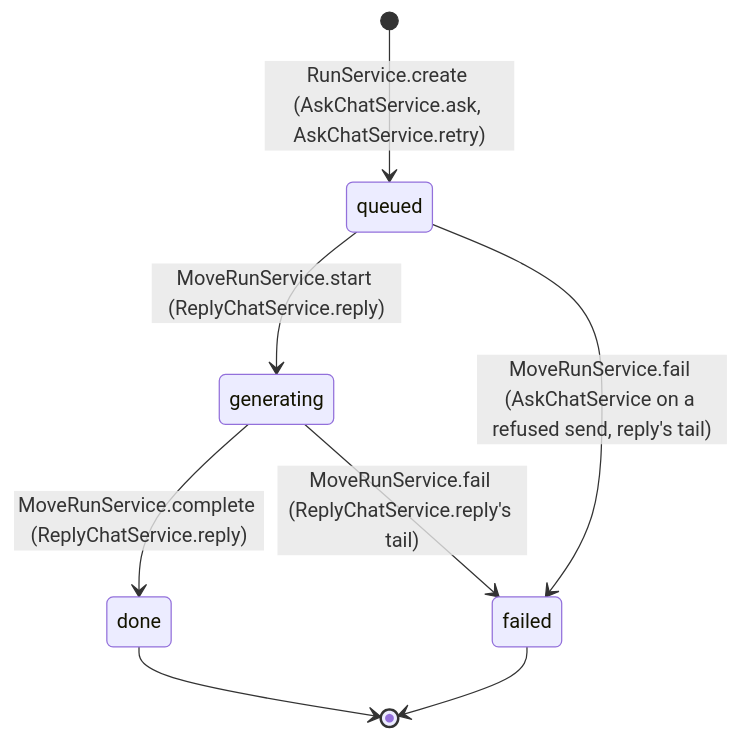
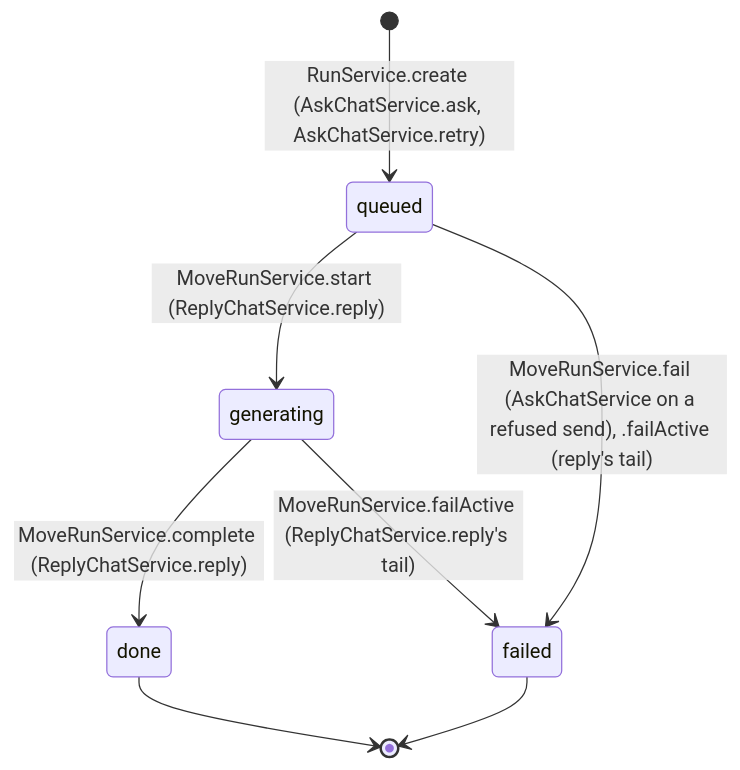
One commit to khotei/app-template changed the diagram in docs/knowledge/database.md. Above: the diagram before and after it, drawn with Mermaid. The commit also changed other lines of this file and 12 other files, not shown here.

````diff
--- a/docs/knowledge/database.md
+++ b/docs/knowledge/database.md
@@ -241,10 +242,10 @@
 ```mermaid
 stateDiagram-v2
   [*] --> queued: RunService.create (AskChatService.ask, AskChatService.retry)
   queued --> generating: MoveRunService.start (ReplyChatService.reply)
-  queued --> failed: MoveRunService.fail (AskChatService on a refused send, reply's tail)
+  queued --> failed: MoveRunService.fail (AskChatService on a refused send), .failActive (reply's tail)
   generating --> done: MoveRunService.complete (ReplyChatService.reply)
-  generating --> failed: MoveRunService.fail (ReplyChatService.reply's tail)
+  generating --> failed: MoveRunService.failActive (ReplyChatService.reply's tail)
   done --> [*]
   failed --> [*]
 ```
````
